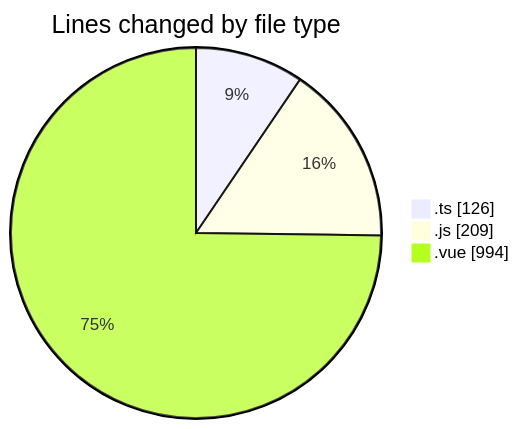
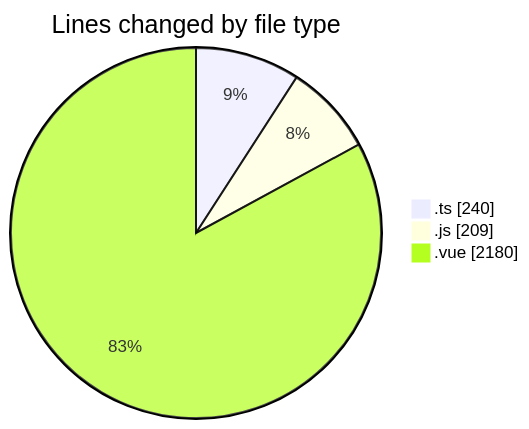
Before and after one commit to lephambinh05/code-tracking: the first of 2 diagrams in 2025-08-16/rentotp/README.md, drawn with Mermaid. The commit also changed other lines of this file and 1 other file, not shown here.

````diff
--- a/2025-08-16/rentotp/README.md
+++ b/2025-08-16/rentotp/README.md
@@ -26,7 +29,7 @@
 ```mermaid
 pie showData
 title Lines changed by file type
-".ts" : 126
+".ts" : 240
 ".js" : 209
-".vue" : 994
+".vue" : 2180
 ```
````
